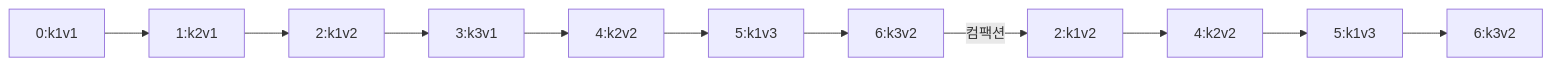
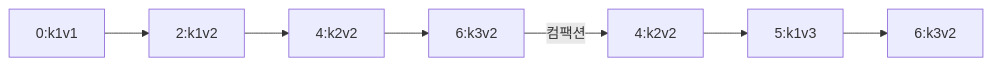
Before and after one commit to yjkim2015/yjkim2015.github.io: diagram 20 of 21 in _posts/kafka/2026-05-01-kafka-internals.md, drawn with Mermaid. The commit also changed other lines of this file and 155 other files, not shown here.

First line of the commit message:
Mermaid 전면 수정: subgraph 제거, participant/노드/줄수 축소 (342블록)

````diff
--- a/_posts/kafka/2026-05-01-kafka-internals.md
+++ b/_posts/kafka/2026-05-01-kafka-internals.md
@@ -590,5 +561,5 @@
 ```mermaid
 graph LR
-    B0["0:k1v1"] --> B1["1:k2v1"] --> B2["2:k1v2"] --> B3["3:k3v1"] --> B4["4:k2v2"] --> B5["5:k1v3"] --> B6["6:k3v2"]
-    B6 -->|컴팩션| A2["2:k1v2"] --> A4["4:k2v2"] --> A5["5:k1v3"] --> A6["6:k3v2"]
+    B0["0:k1v1"] --> B2["2:k1v2"] --> B4["4:k2v2"] --> B6["6:k3v2"]
+    B6 -->|컴팩션| A4["4:k2v2"] --> A5["5:k1v3"] --> A6["6:k3v2"]
 ```
````
